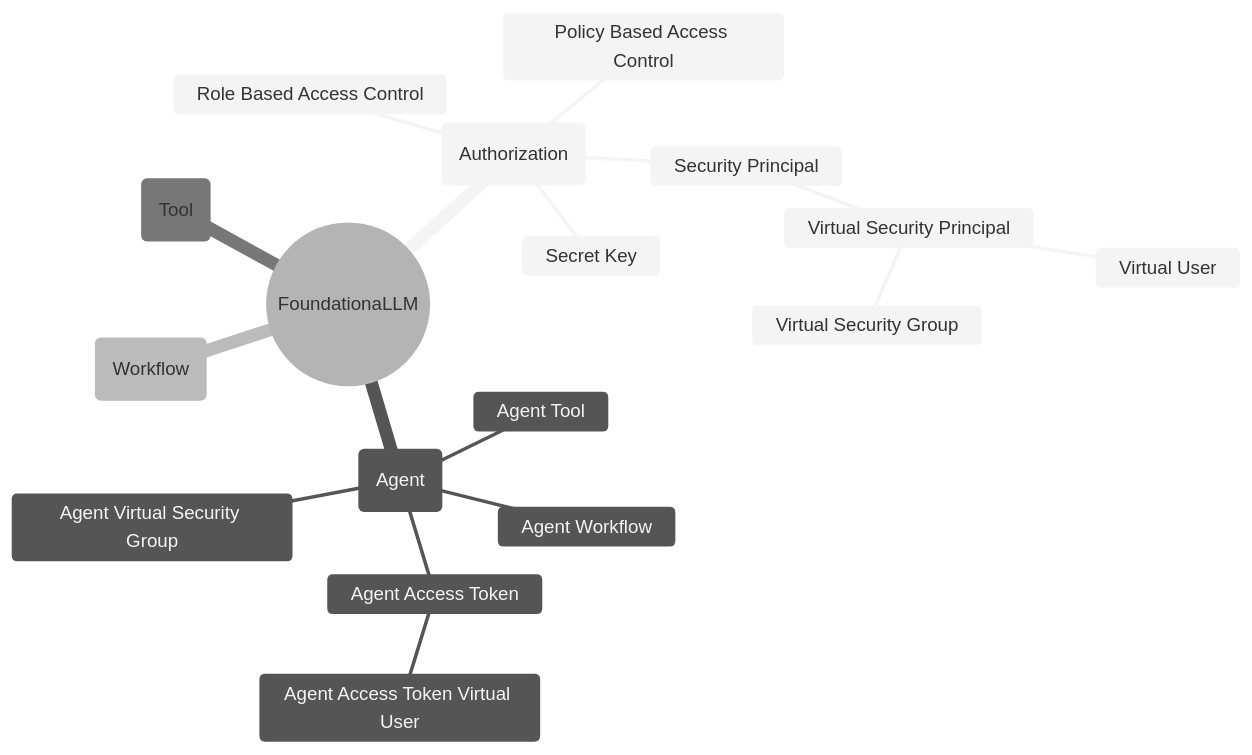
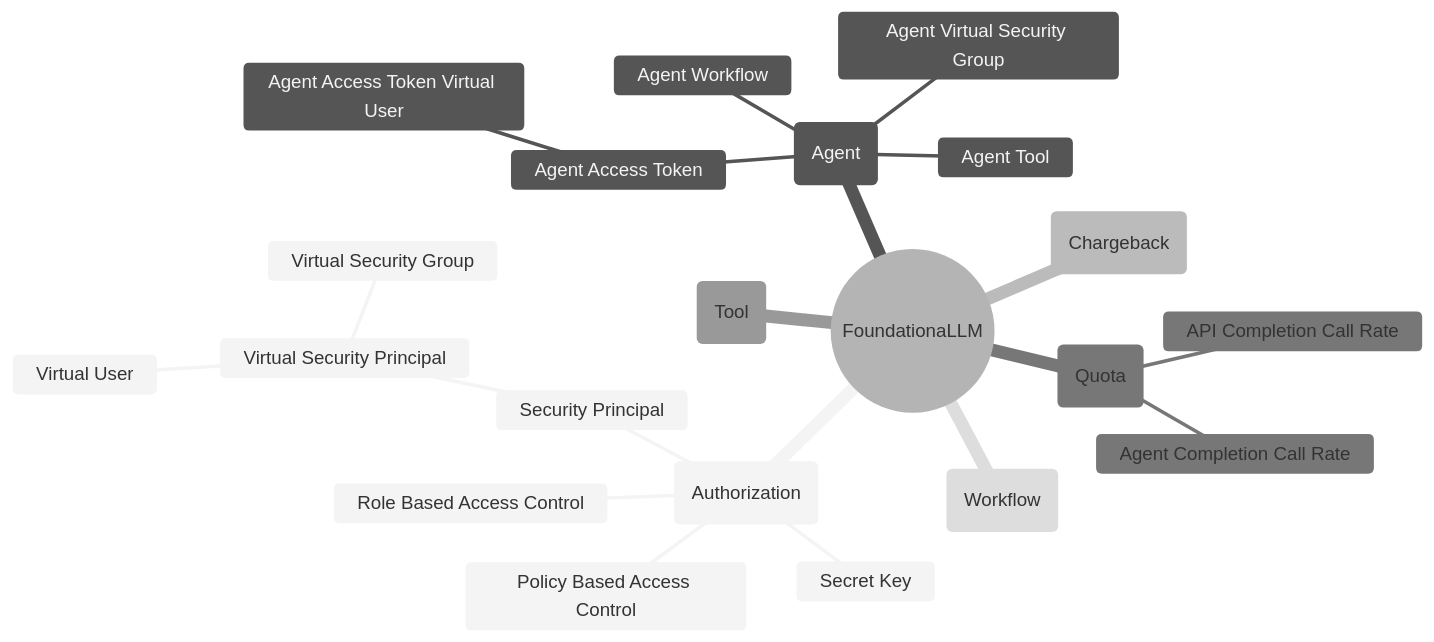
One commit to foundationallm/foundationallm changed the diagram in docs/concepts/index.md. Above: the diagram before and after it, drawn with Mermaid (neutral theme). The commit also changed other lines of this file and 3 other files, not shown here.

````diff
--- a/docs/concepts/index.md
+++ b/docs/concepts/index.md
@@ -5,21 +5,25 @@
 ```mermaid
 mindmap
     root((FoundationaLLM))
     :::link:https://docs.foundationallm.ai
         (Authorization)
             Secret Key
             Role Based Access Control
             Policy Based Access Control
             Security Principal
                 Virtual Security Principal
                     Virtual User
                     Virtual Security Group
         (Agent)
             Agent Workflow
             Agent Tool
             Agent Access Token
                 Agent Access Token Virtual User
             Agent Virtual Security Group
+        (Chargeback)
+        (Quota)
+            API Completion Call Rate
+            Agent Completion Call Rate
+        (Tool)
         (Workflow)
-        (Tool)
 ```
````
